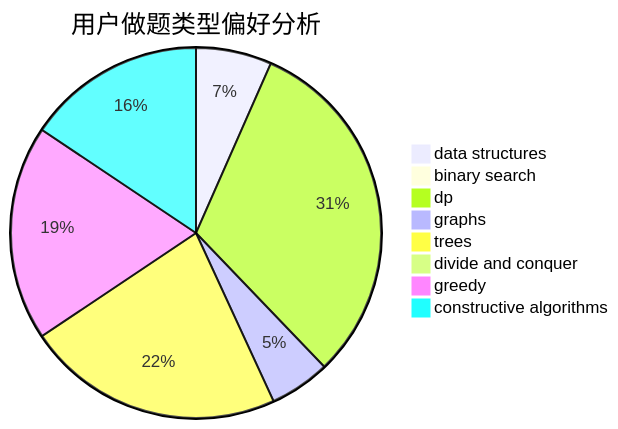
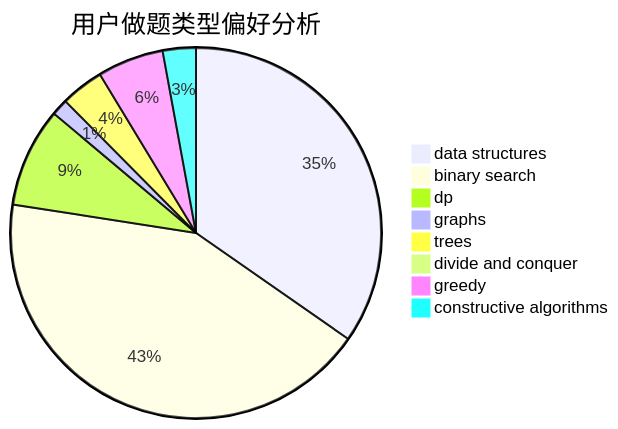
Before and after one commit to sherpahu/cfrs.github.io: the second of 3 diagrams in docs/user/u2015.md, drawn with Mermaid. The commit also changed other lines of this file and 2770 other files, not shown here.

````diff
--- a/docs/user/u2015.md
+++ b/docs/user/u2015.md
@@ -23,11 +23,11 @@
 ```mermaid
 pie title 用户做题类型偏好分析
-    "data structures" :  25
-    "binary search" :  1
-    "dp" :  118
-    "graphs" :  20
-    "trees" :  85
+    "data structures" :  120
+    "binary search" :  148
+    "dp" :  30
+    "graphs" :  5
+    "trees" :  13
     "divide and conquer" :  0
-    "greedy" :  71
-    "constructive algorithms" :  59
+    "greedy" :  20
+    "constructive algorithms" :  10
 ```
````
